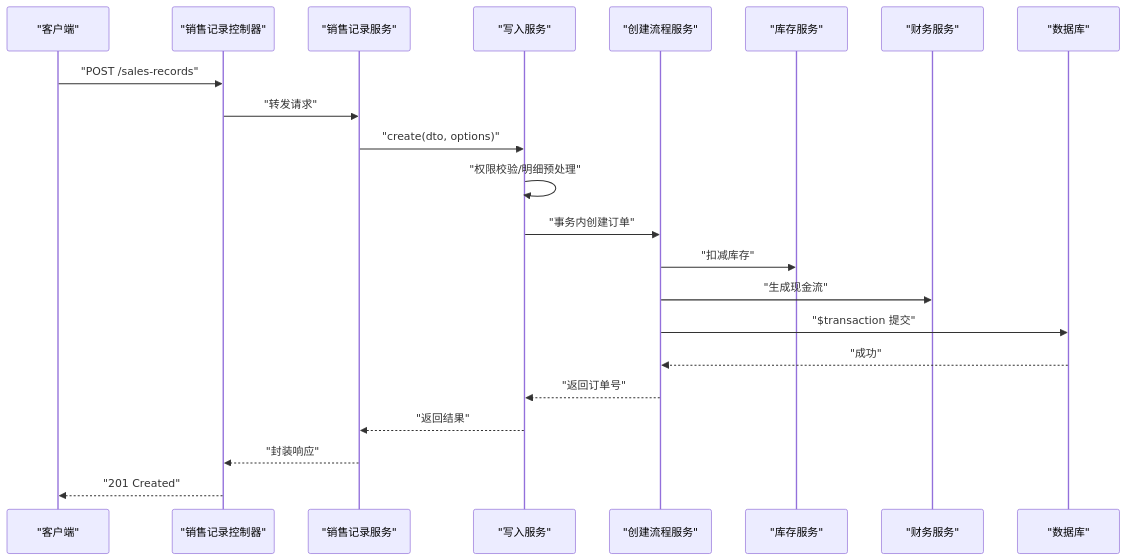
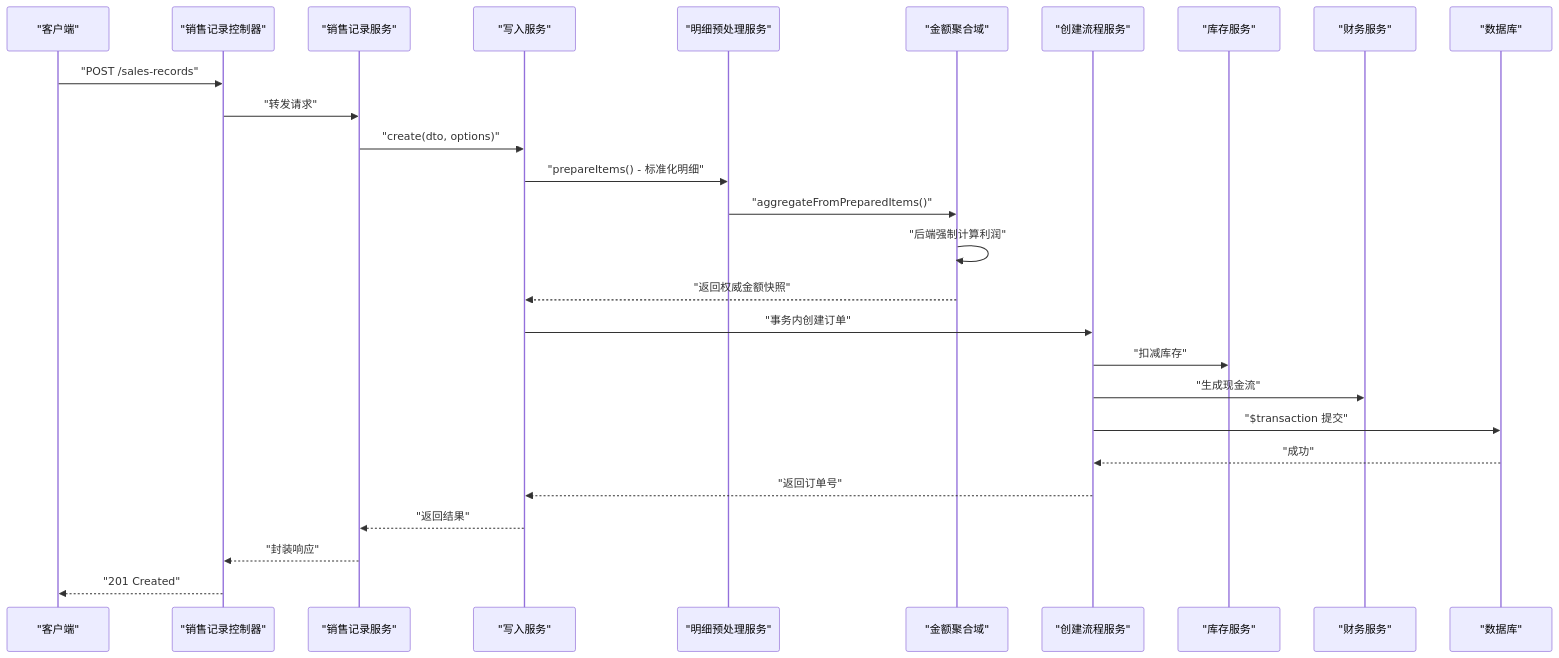
The second of 6 diagrams in .qoder/repowiki/zh/content/业务模块/运营管理模块/销售管理.md (rc558620/purelyprofit-server), drawn with Mermaid before and after one commit. The commit also changed other lines of this file and 12 other files, not shown here.

````diff
--- a/.qoder/repowiki/zh/content/业务模块/运营管理模块/销售管理.md
+++ b/.qoder/repowiki/zh/content/业务模块/运营管理模块/销售管理.md
@@ -144,24 +166,29 @@
 ```mermaid
 sequenceDiagram
 participant C as "客户端"
 participant CTRL as "销售记录控制器"
 participant SVC as "销售记录服务"
 participant W as "写入服务"
+participant PREP as "明细预处理服务"
+participant AMOUNTS as "金额聚合域"
 participant FLOW as "创建流程服务"
 participant INV as "库存服务"
 participant FIN as "财务服务"
 participant DB as "数据库"
 C->>CTRL : "POST /sales-records"
 CTRL->>SVC : "转发请求"
 SVC->>W : "create(dto, options)"
-W->>W : "权限校验/明细预处理"
+W->>PREP : "prepareItems() - 标准化明细"
+PREP->>AMOUNTS : "aggregateFromPreparedItems()"
+AMOUNTS->>AMOUNTS : "后端强制计算利润"
+AMOUNTS-->>W : "返回权威金额快照"
 W->>FLOW : "事务内创建订单"
 FLOW->>INV : "扣减库存"
 FLOW->>FIN : "生成现金流"
 FLOW->>DB : "$transaction 提交"
 DB-->>FLOW : "成功"
 FLOW-->>W : "返回订单号"
 W-->>SVC : "返回结果"
 SVC-->>CTRL : "封装响应"
 CTRL-->>C : "201 Created"
 ```
````
